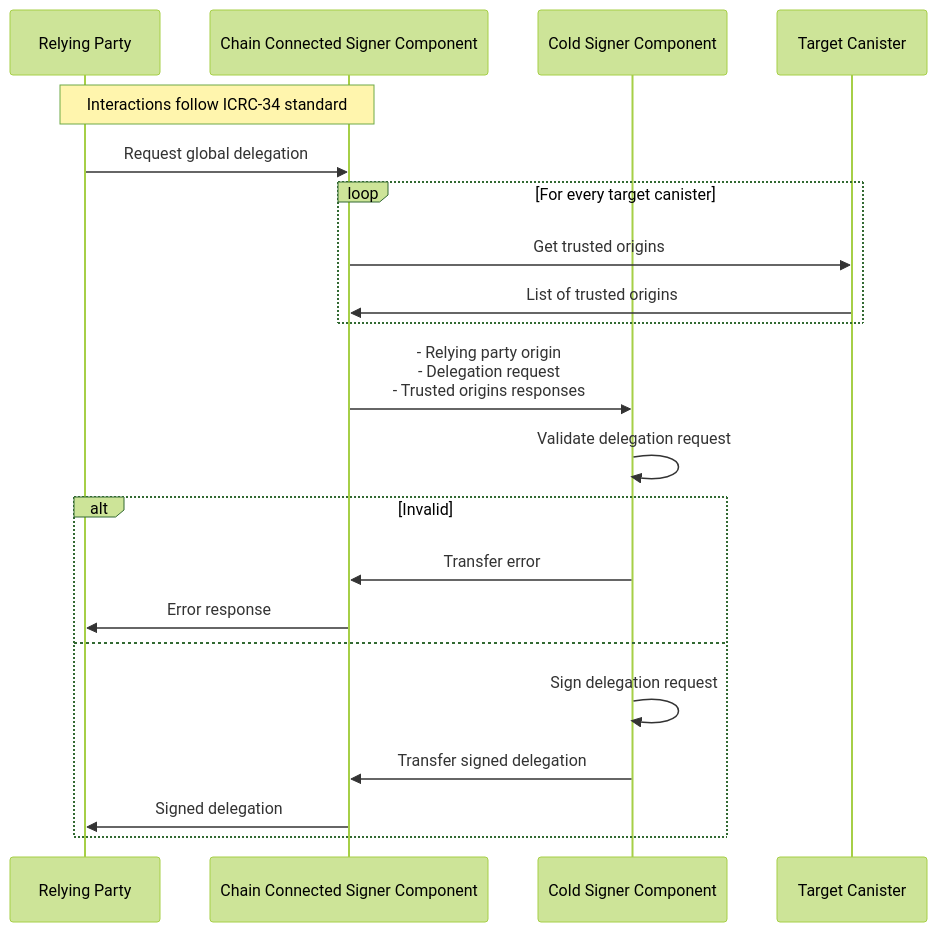
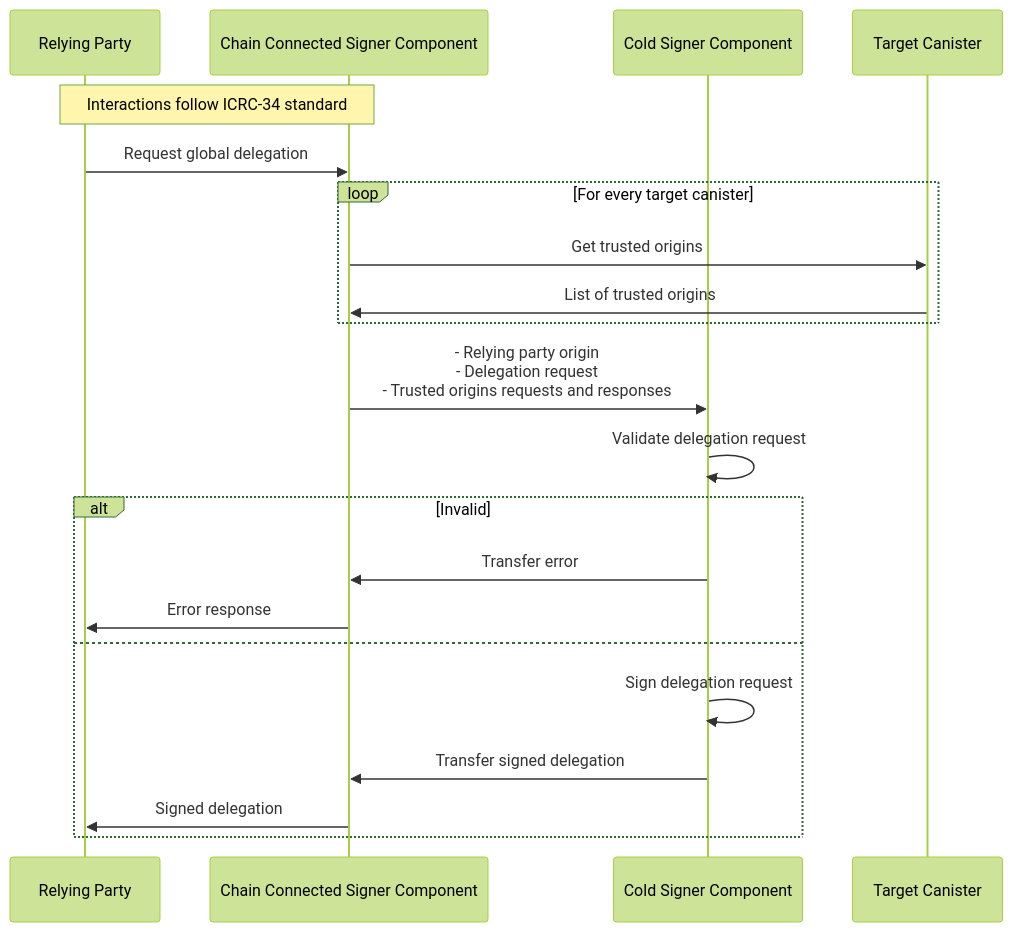
Before and after one commit to dfinity/wg-identity-authentication: the second of 2 diagrams in topics/icrc_28_trusted_origins.md, drawn with Mermaid (forest theme). The commit also changed other lines of this file and 2 other files, not shown here.

````diff
--- a/topics/icrc_28_trusted_origins.md
+++ b/topics/icrc_28_trusted_origins.md
@@ -123,23 +124,23 @@
 ```mermaid
 sequenceDiagram
     participant RP as Relying Party
     participant S as Chain Connected Signer Component
     participant CS as Cold Signer Component
     participant C as Target Canister
     Note over RP, S: Interactions follow ICRC-34 standard
     RP ->> S: Request global delegation
     loop For every target canister
         S ->> C: Get trusted origins
         C ->> S: List of trusted origins
     end
-    S ->> CS: - Relying party origin<br>- Delegation request<br>- Trusted origins responses
+    S ->> CS: - Relying party origin<br>- Delegation request<br>- Trusted origins requests and responses
     CS ->> CS: Validate delegation request
     alt Invalid
         CS ->> S: Transfer error
         S ->> RP: Error response
     else
         CS ->> CS: Sign delegation request
         CS ->> S: Transfer signed delegation
         S ->> RP: Signed delegation
     end
 ```
````
